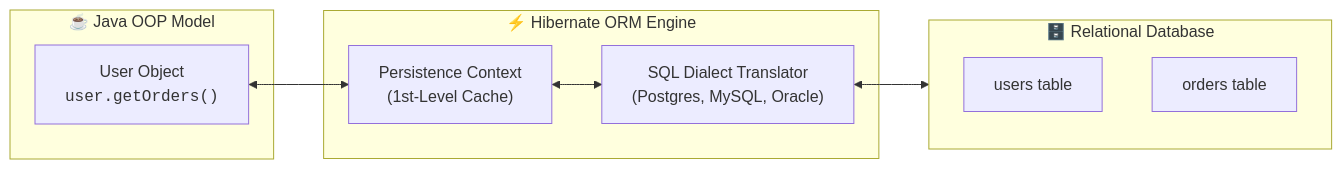
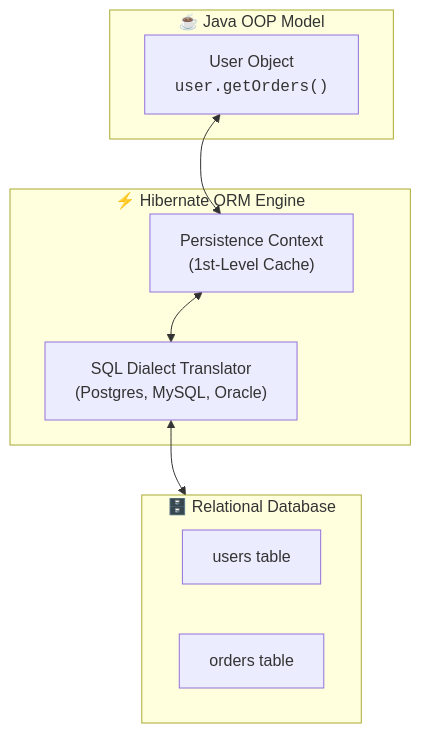
Before and after one commit to Rohit1024/spring-boot-mastery: the first of 5 diagrams in docs/lessons/0012-jdbc-vs-hibernate-orm-internals.md, drawn with Mermaid. The commit also changed other lines of this file and 42 other files, not shown here.

````diff
--- a/docs/lessons/0012-jdbc-vs-hibernate-orm-internals.md
+++ b/docs/lessons/0012-jdbc-vs-hibernate-orm-internals.md
@@ -41,20 +41,22 @@
 ``` mermaid
-flowchart LR
+flowchart TD
     subgraph JavaApp["☕ Java OOP Model"]
         UserObj["User Object<br/><code>user.getOrders()</code>"]
     end
 
     subgraph Hibernate["⚡ Hibernate ORM Engine"]
         PC["Persistence Context<br/>(1st-Level Cache)"]
         Dialect["SQL Dialect Translator<br/>(Postgres, MySQL, Oracle)"]
     end
 
     subgraph RelationalDB["🗄️ Relational Database"]
         UserTable["users table"]
         OrderTable["orders table"]
     end
 
     UserObj <--> PC
     PC <--> Dialect
     Dialect <--> RelationalDB
+
+    JavaApp ~~~ Hibernate ~~~ RelationalDB
 ```
````
